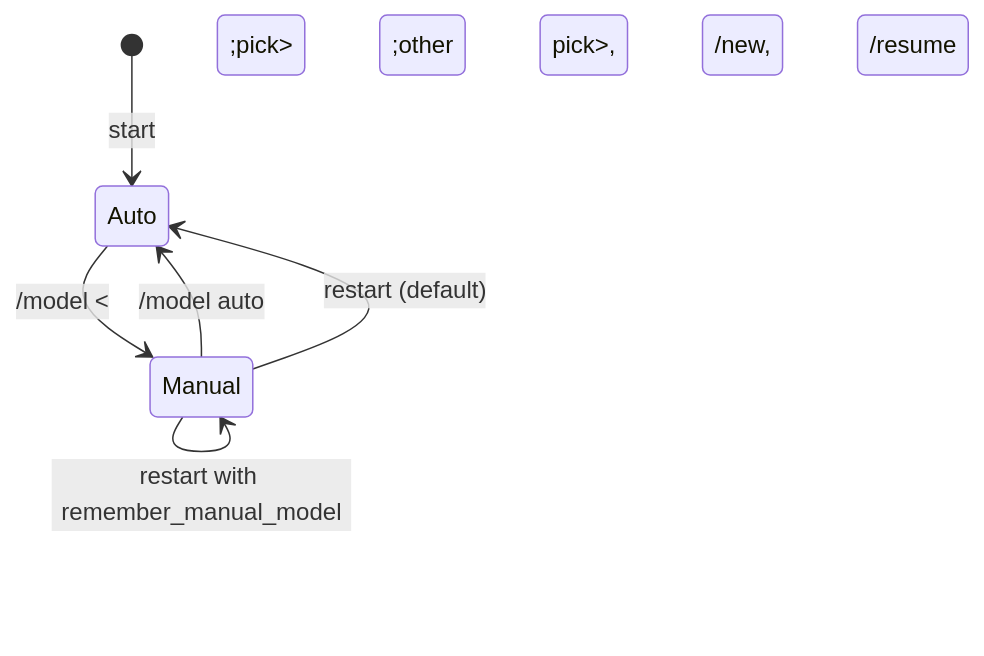
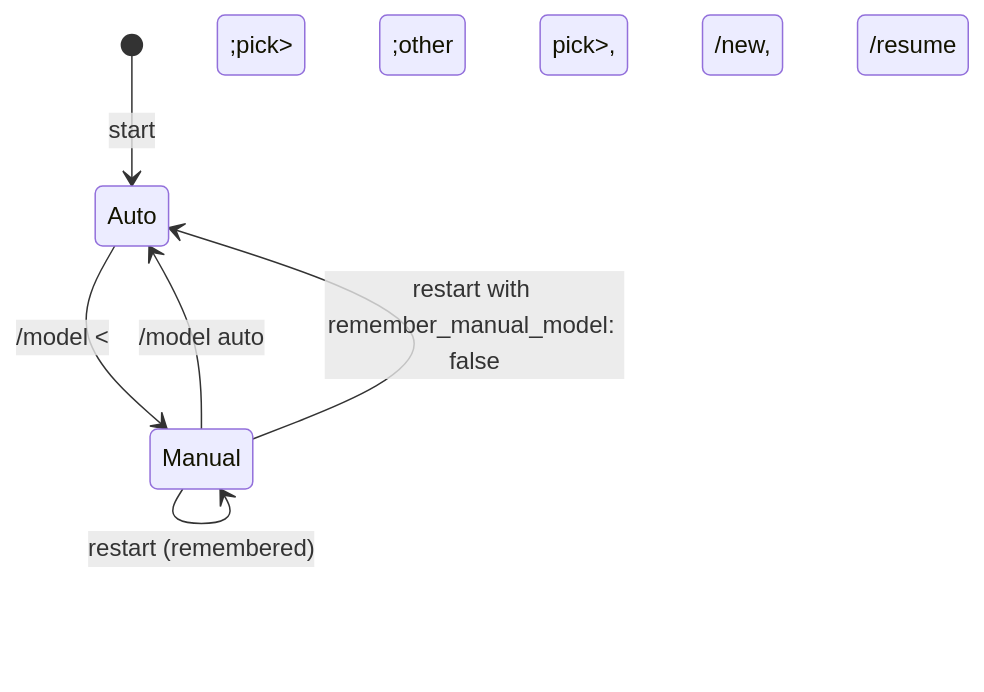
One commit to jonit-dev/lean-pi changed the third of 3 diagrams in docs/systems/model-modes.md. Above: the diagram before and after it, drawn with Mermaid. The commit also changed other lines of this file and 48 other files, not shown here.

````diff
--- a/docs/systems/model-modes.md
+++ b/docs/systems/model-modes.md
@@ -75,9 +80,9 @@
 ```mermaid
 stateDiagram-v2
     [*] --> Auto: start
     Auto --> Manual: /model &lt;pick&gt;
     Manual --> Manual: /model &lt;other pick&gt;, /new, /resume
+    Manual --> Manual: restart (remembered)
     Manual --> Auto: /model auto
-    Manual --> Auto: restart (default)
-    Manual --> Manual: restart with remember_manual_model
+    Manual --> Auto: restart with remember_manual_model: false
 ```
````
